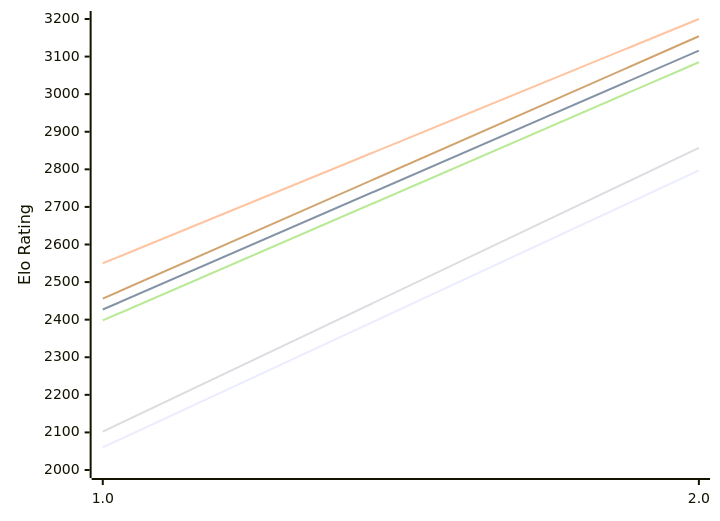
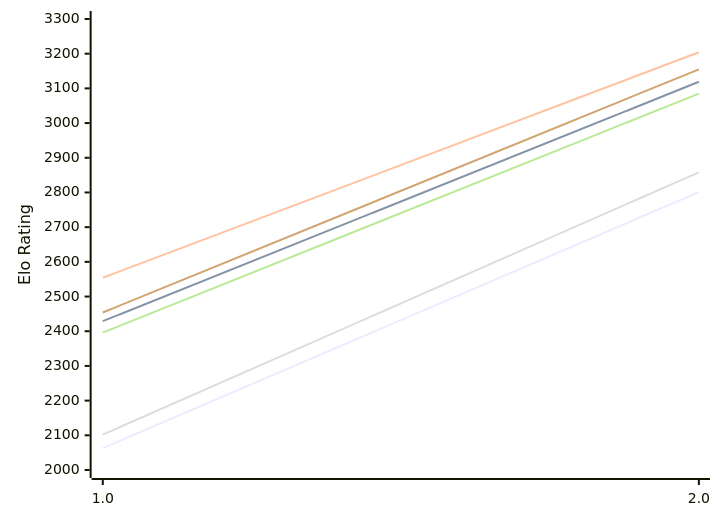
Before and after one commit to computer-chess-index/cci: the diagram in engines/Scarlet.md, drawn with Mermaid. The commit also changed other lines of this file, not shown here.

Commit message:
Update CCI Ratings (ELO VLTC) - 2026-11-22

````diff
--- a/engines/Scarlet.md
+++ b/engines/Scarlet.md
@@ -49,12 +49,12 @@
 ```mermaid
 %%{init: {"theme":"base","themeVariables":{"seriesColors:['#a3a3a3','#222221','#faa371']}}}%%
 xychart-beta
   x-axis ["1.0", "2.0"]
-  y-axis "Elo Rating" 2000 --> 3200
-  line "E1: STC (8.0+0.08s)" [2060, 2797]
-  line "E1: LTC (60.0+0.60s)" [2427, 3116]
-  line "E1: VLTC (2m24s+1.12s)" [2550, 3200]
-  line "P1: STC (8.0+0.08s)" [2102, 2857]
-  line "P1: LTC (60.0+0.60s)" [2398, 3085]
-  line "P1: VLTC (2m24s+1.12s)" [2456, 3154]
+  y-axis "Elo Rating" 2000 --> 3300
+  line "E1: STC (8.0+0.08s)" [2063, 2801]
+  line "E1: LTC (60.0+0.60s)" [2429, 3119]
+  line "E1: VLTC (2m24s+1.12s)" [2554, 3204]
+  line "P1: STC (8.0+0.08s)" [2102, 2858]
+  line "P1: LTC (60.0+0.60s)" [2396, 3085]
+  line "P1: VLTC (2m24s+1.12s)" [2454, 3155]
 ```
````
